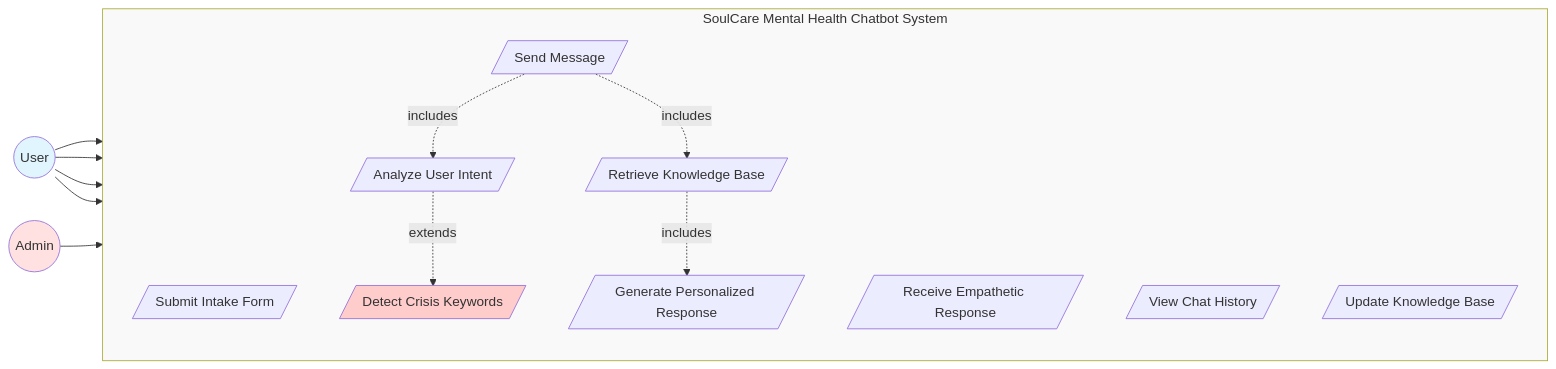
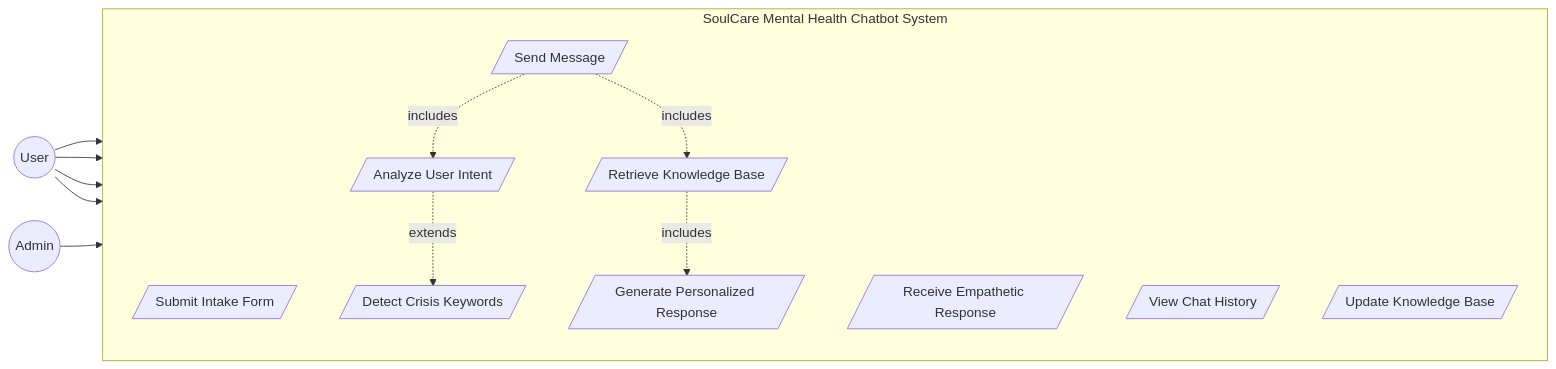
One commit to shubhamvasoya/mental-health-chatbot changed the fourth of 6 diagrams in PROJECT_REPORT.md. Above: the diagram before and after it, drawn with Mermaid. The commit also changed other lines of this file, not shown here.

````diff
--- a/PROJECT_REPORT.md
+++ b/PROJECT_REPORT.md
@@ -139,34 +132,29 @@
 ```mermaid
 flowchart LR
     User((User))
     Admin((Admin))
     
     subgraph System["SoulCare Mental Health Chatbot System"]
         direction TB
         UC1[/"Submit Intake Form"/]
         UC2[/"Send Message"/]
         UC3[/"Receive Empathetic Response"/]
         UC4[/"View Chat History"/]
         UC5[/"Detect Crisis Keywords"/]
         UC6[/"Retrieve Knowledge Base"/]
         UC7[/"Analyze User Intent"/]
         UC8[/"Update Knowledge Base"/]
         UC9[/"Generate Personalized Response"/]
         
         UC2 -.->|includes| UC7
         UC2 -.->|includes| UC6
         UC7 -.->|extends| UC5
         UC6 -.->|includes| UC9
     end
     
     User --> UC1
     User --> UC2
     User --> UC3
     User --> UC4
     Admin --> UC8
-    
-    style User fill:#e1f5ff
-    style Admin fill:#ffe1e1
-    style UC5 fill:#ffcccc
-    style System fill:#f9f9f9
 ```
````
